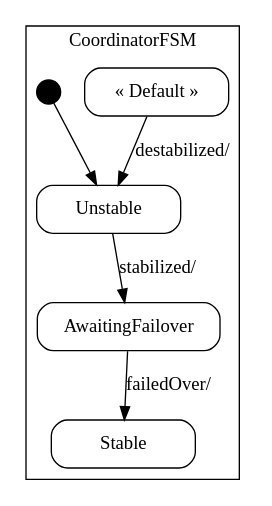
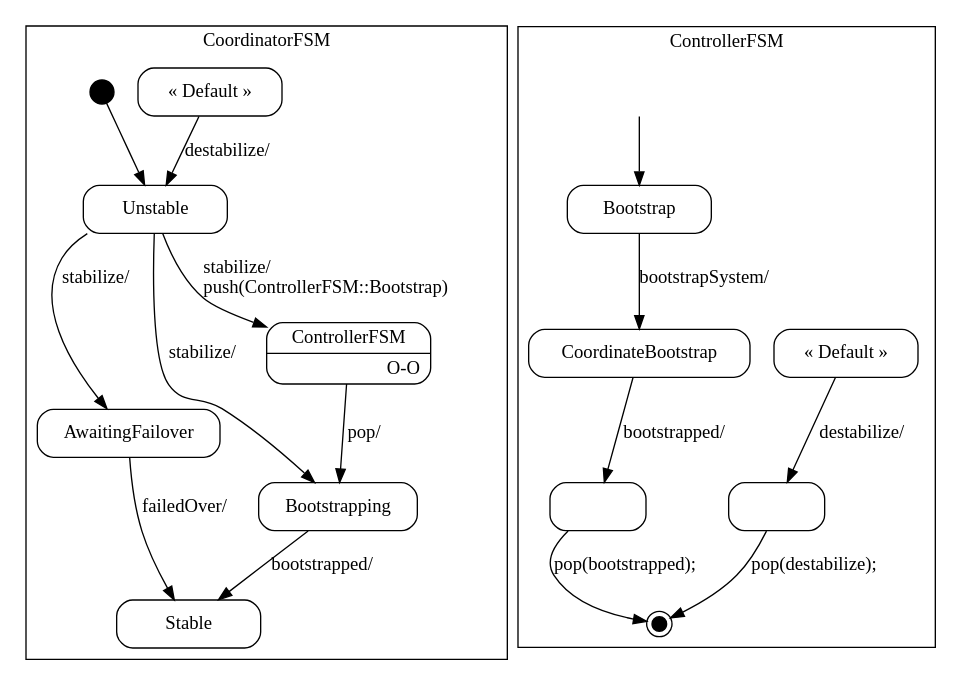
Before and after one commit to vmehra-sfdc/Ouroboros: the diagram in producer/doc/Coordinator_sm.dot, drawn with Graphviz. The commit also changed 6 other files, not shown here.

```diff
--- a/producer/doc/Coordinator_sm.dot
+++ b/producer/doc/Coordinator_sm.dot
@@ -1,58 +1,115 @@
 digraph Coordinator_sm {
 
     node
         [shape=Mrecord width=1.5];
 
     subgraph cluster_CoordinatorFSM {
 
         label="CoordinatorFSM";
 
         //
         // States (Nodes)
         //
 
         "CoordinatorFSM::Unstable"
             [label="{Unstable}"];
 
         "CoordinatorFSM::AwaitingFailover"
             [label="{AwaitingFailover}"];
 
         "CoordinatorFSM::Stable"
             [label="{Stable}"];
 
+        "CoordinatorFSM::Bootstrapping"
+            [label="{Bootstrapping}"];
+
         "CoordinatorFSM::DefaultState"
             [label="{&laquo; Default &raquo;}"];
+
+        "CoordinatorFSM::Bootstrapping::ControllerFSM"
+            [label="{ControllerFSM|O-O\r}"]
 
         "%start"
             [label="" shape=circle style=filled fillcolor=black width=0.25];
 
         //
         // Transitions (Edges)
         //
 
         "CoordinatorFSM::Unstable" -> "CoordinatorFSM::AwaitingFailover"
-            [label="stabilized/\l"];
+            [label="stabilize/\l"];
+
+        "CoordinatorFSM::Unstable" -> "CoordinatorFSM::Bootstrapping::ControllerFSM"
+            [label="stabilize/\lpush(ControllerFSM::Bootstrap)\l"];
+
+        "CoordinatorFSM::Unstable" -> "CoordinatorFSM::Bootstrapping"
+            [label="stabilize/\l"];
 
         "CoordinatorFSM::AwaitingFailover" -> "CoordinatorFSM::Stable"
             [label="failedOver/\l"];
 
+        "CoordinatorFSM::Bootstrapping" -> "CoordinatorFSM::Stable"
+            [label="bootstrapped/\l"];
+
         "CoordinatorFSM::DefaultState" -> "CoordinatorFSM::Unstable"
-            [label="destabilized/\l"];
+            [label="destabilize/\l"];
+
+        "CoordinatorFSM::Bootstrapping::ControllerFSM" -> "CoordinatorFSM::Bootstrapping"
+            [label="pop/"]
 
         "%start" -> "CoordinatorFSM::Unstable"
     }
 
     subgraph cluster_ControllerFSM {
 
         label="ControllerFSM";
 
         //
         // States (Nodes)
         //
 
+        "ControllerFSM::Bootstrap"
+            [label="{Bootstrap}"];
+
+        "ControllerFSM::CoordinateBootstrap"
+            [label="{CoordinateBootstrap}"];
+
+        "ControllerFSM::DefaultState"
+            [label="{&laquo; Default &raquo;}"];
+
+        "ControllerFSM::pop(destabilize)"
+            [label="" width=1]
+
+        "ControllerFSM::pop(bootstrapped)"
+            [label="" width=1]
+
+        "ControllerFSM::%end"
+            [label="" shape=doublecircle style=filled fillcolor=black width=0.15];
+
+        "push(ControllerFSM::Bootstrap)"
+            [label="" shape=plaintext];
+
         //
         // Transitions (Edges)
         //
+
+        "ControllerFSM::Bootstrap" -> "ControllerFSM::CoordinateBootstrap"
+            [label="bootstrapSystem/\l"];
+
+        "ControllerFSM::CoordinateBootstrap" -> "ControllerFSM::pop(bootstrapped)"
+            [label="bootstrapped/\l"];
+
+        "ControllerFSM::DefaultState" -> "ControllerFSM::pop(destabilize)"
+            [label="destabilize/\l"];
+
+        "ControllerFSM::pop(destabilize)" -> "ControllerFSM::%end"
+            [label="pop(destabilize);\l"];
+
+        "ControllerFSM::pop(bootstrapped)" -> "ControllerFSM::%end"
+            [label="pop(bootstrapped);\l"];
+
+        "push(ControllerFSM::Bootstrap)" -> "ControllerFSM::Bootstrap"
+            [arrowtail=odot];
     }
 
 }
```
